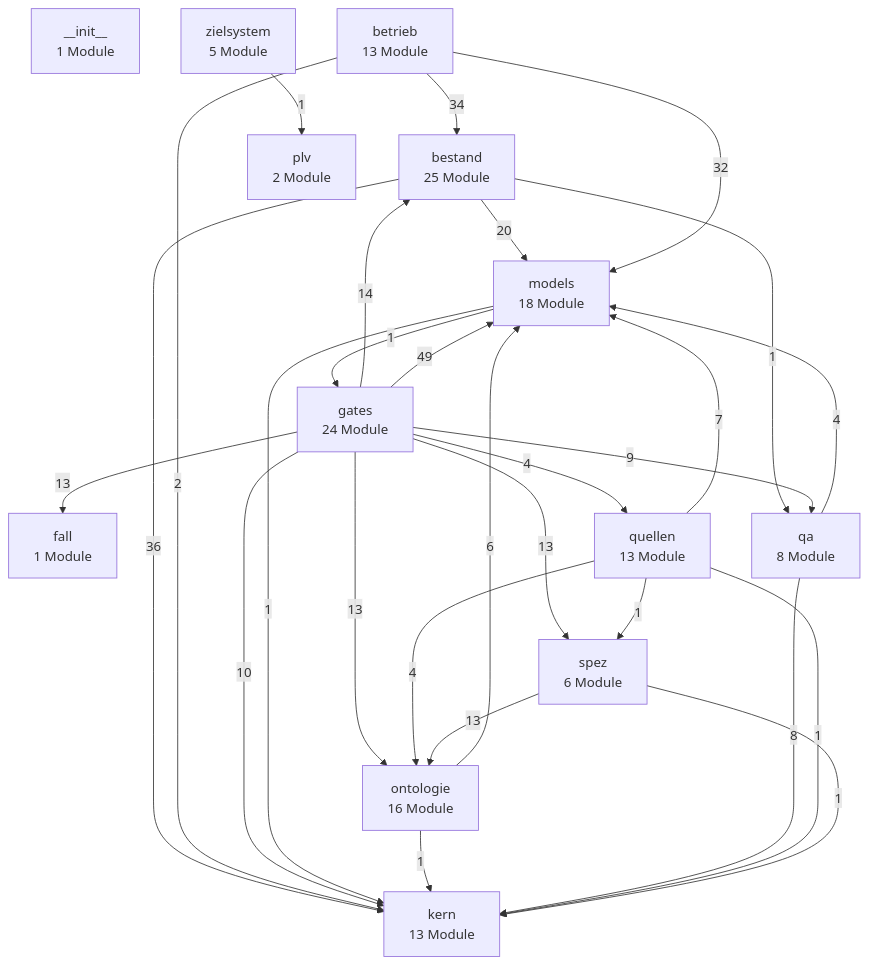
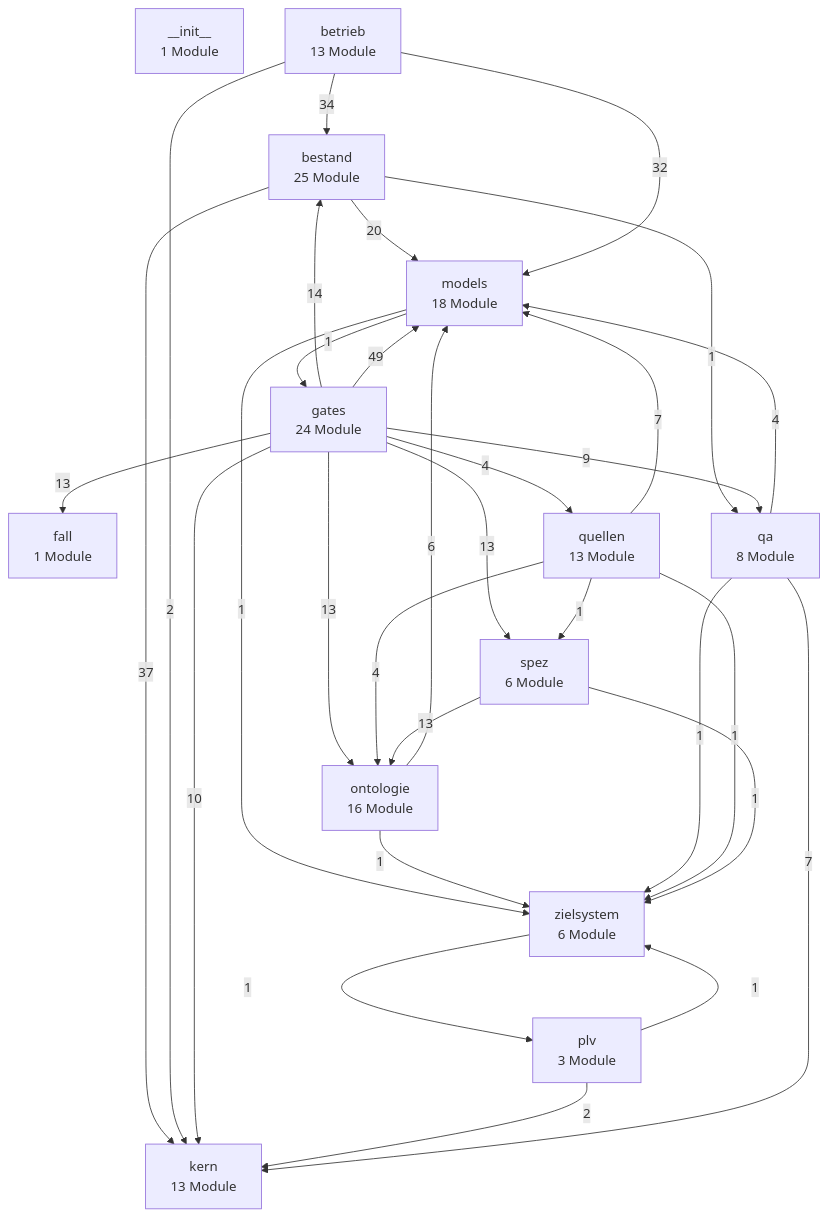
One commit to bartlmac/rechner-pipeline changed the first of 3 diagrams in docs/architektur/landkarte.md. Above: the diagram before and after it, drawn with Mermaid. The commit also changed other lines of this file and 20 other files, not shown here.

````diff
--- a/docs/architektur/landkarte.md
+++ b/docs/architektur/landkarte.md
@@ -31,44 +31,47 @@
 ```mermaid
 %% Schichten — erzeugt von ontologie.landkarte
 flowchart TD
     n__init__["__init__<br/>1 Module"]
     bestand["bestand<br/>25 Module"]
     betrieb["betrieb<br/>13 Module"]
     fall["fall<br/>1 Module"]
     gates["gates<br/>24 Module"]
     kern["kern<br/>13 Module"]
     models["models<br/>18 Module"]
     ontologie["ontologie<br/>16 Module"]
-    plv["plv<br/>2 Module"]
+    plv["plv<br/>3 Module"]
     qa["qa<br/>8 Module"]
     quellen["quellen<br/>13 Module"]
     spez["spez<br/>6 Module"]
-    zielsystem["zielsystem<br/>5 Module"]
-    bestand -- 36 --> kern
+    zielsystem["zielsystem<br/>6 Module"]
+    bestand -- 37 --> kern
     bestand -- 20 --> models
     bestand -- 1 --> qa
     betrieb -- 34 --> bestand
     betrieb -- 2 --> kern
     betrieb -- 32 --> models
     gates -- 14 --> bestand
     gates -- 13 --> fall
     gates -- 10 --> kern
     gates -- 49 --> models
     gates -- 13 --> ontologie
     gates -- 9 --> qa
     gates -- 4 --> quellen
     gates -- 13 --> spez
     models -- 1 --> gates
-    models -- 1 --> kern
-    ontologie -- 1 --> kern
+    models -- 1 --> zielsystem
     ontologie -- 6 --> models
-    qa -- 8 --> kern
+    ontologie -- 1 --> zielsystem
+    plv -- 2 --> kern
+    plv -- 1 --> zielsystem
+    qa -- 7 --> kern
     qa -- 4 --> models
-    quellen -- 1 --> kern
+    qa -- 1 --> zielsystem
     quellen -- 7 --> models
     quellen -- 4 --> ontologie
     quellen -- 1 --> spez
-    spez -- 1 --> kern
+    quellen -- 1 --> zielsystem
     spez -- 13 --> ontologie
+    spez -- 1 --> zielsystem
     zielsystem -- 1 --> plv
 ```
````
